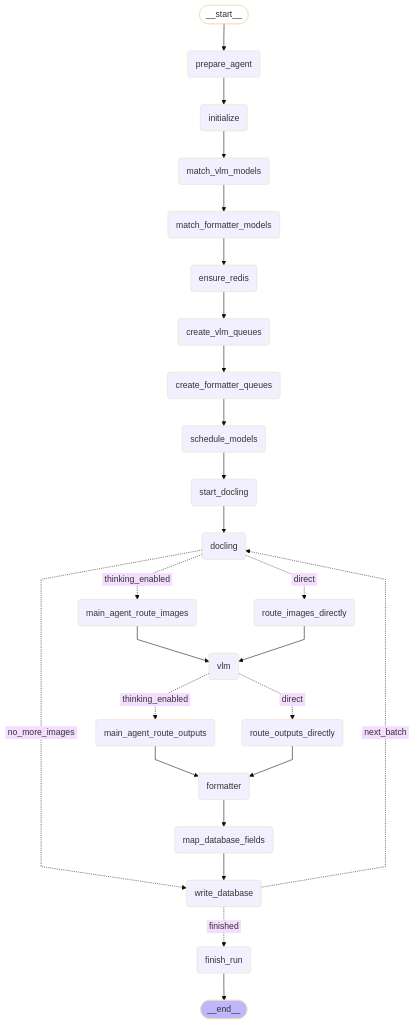
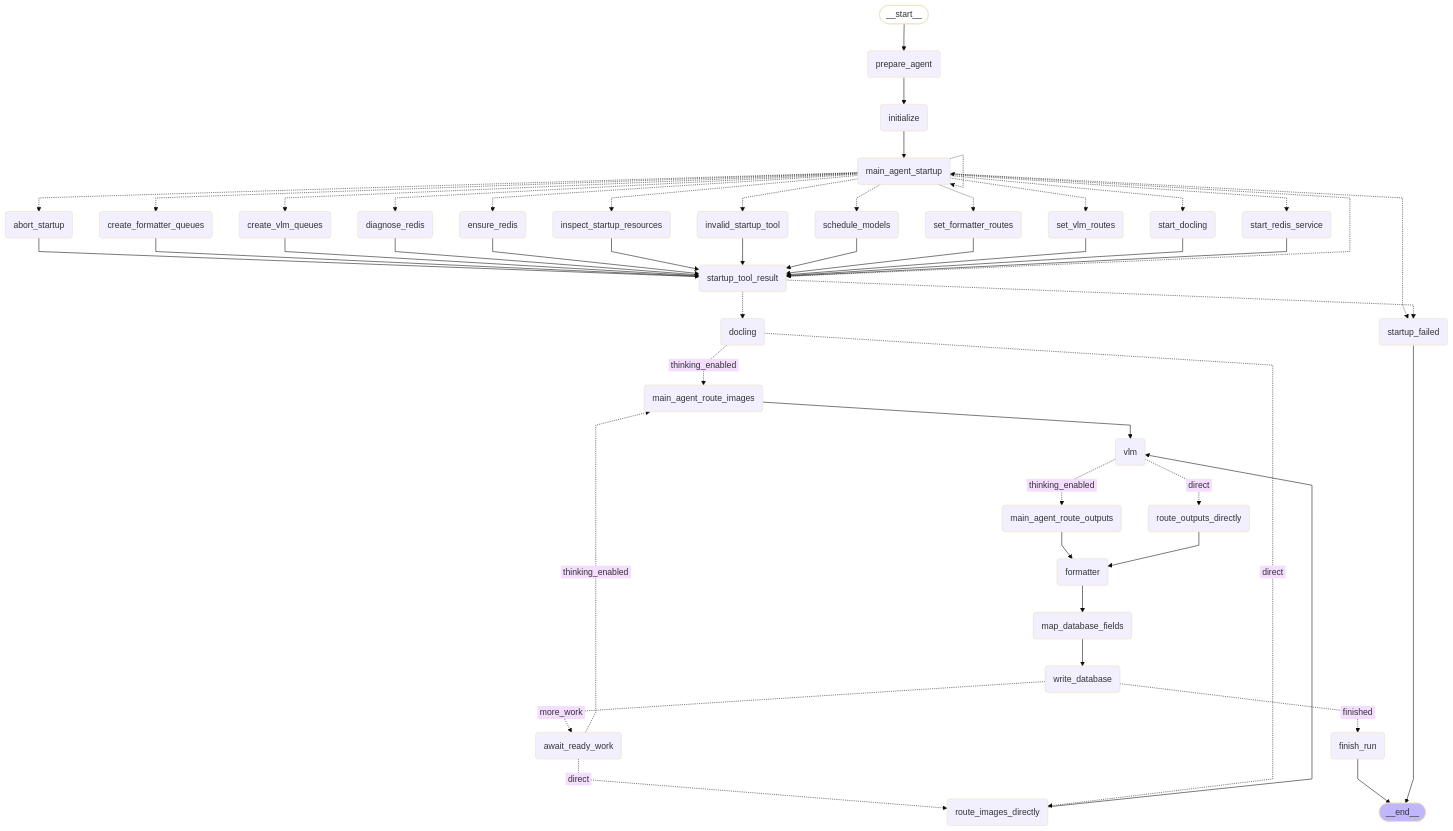
The diagram in architecture/main_agent_graph.mmd (KirillosTY/pdf-image-value-parser), drawn with Mermaid (base theme) before and after one commit. The commit also changed 78 other files, not shown here.

```diff
--- a/architecture/main_agent_graph.mmd
+++ b/architecture/main_agent_graph.mmd
@@ -1,54 +1,87 @@
 ---
 config:
   flowchart:
     curve: linear
 ---
 graph TD;
 	__start__([<p>__start__</p>]):::first
 	prepare_agent(prepare_agent)
 	initialize(initialize)
-	match_vlm_models(match_vlm_models)
-	match_formatter_models(match_formatter_models)
-	ensure_redis(ensure_redis)
-	create_vlm_queues(create_vlm_queues)
-	create_formatter_queues(create_formatter_queues)
-	schedule_models(schedule_models)
-	start_docling(start_docling)
+	main_agent_startup(main_agent_startup)
+	startup_tool_result(startup_tool_result)
+	startup_failed(startup_failed)
 	docling(docling)
+	await_ready_work(await_ready_work)
 	main_agent_route_images(main_agent_route_images)
 	route_images_directly(route_images_directly)
 	vlm(vlm)
 	main_agent_route_outputs(main_agent_route_outputs)
 	route_outputs_directly(route_outputs_directly)
 	formatter(formatter)
 	map_database_fields(map_database_fields)
 	write_database(write_database)
 	finish_run(finish_run)
+	set_vlm_routes(set_vlm_routes)
+	set_formatter_routes(set_formatter_routes)
+	ensure_redis(ensure_redis)
+	create_vlm_queues(create_vlm_queues)
+	create_formatter_queues(create_formatter_queues)
+	schedule_models(schedule_models)
+	start_docling(start_docling)
+	diagnose_redis(diagnose_redis)
+	start_redis_service(start_redis_service)
+	inspect_startup_resources(inspect_startup_resources)
+	abort_startup(abort_startup)
+	invalid_startup_tool(invalid_startup_tool)
 	__end__([<p>__end__</p>]):::last
 	__start__ --> prepare_agent;
-	create_formatter_queues --> schedule_models;
-	create_vlm_queues --> create_formatter_queues;
+	abort_startup --> startup_tool_result;
+	await_ready_work -. &nbsp;thinking_enabled&nbsp; .-> main_agent_route_images;
+	await_ready_work -. &nbsp;direct&nbsp; .-> route_images_directly;
+	create_formatter_queues --> startup_tool_result;
+	create_vlm_queues --> startup_tool_result;
+	diagnose_redis --> startup_tool_result;
 	docling -. &nbsp;thinking_enabled&nbsp; .-> main_agent_route_images;
 	docling -. &nbsp;direct&nbsp; .-> route_images_directly;
-	docling -. &nbsp;no_more_images&nbsp; .-> write_database;
-	ensure_redis --> create_vlm_queues;
+	ensure_redis --> startup_tool_result;
 	formatter --> map_database_fields;
-	initialize --> match_vlm_models;
+	initialize --> main_agent_startup;
+	inspect_startup_resources --> startup_tool_result;
+	invalid_startup_tool --> startup_tool_result;
 	main_agent_route_images --> vlm;
 	main_agent_route_outputs --> formatter;
+	main_agent_startup -.-> abort_startup;
+	main_agent_startup -.-> create_formatter_queues;
+	main_agent_startup -.-> create_vlm_queues;
+	main_agent_startup -.-> diagnose_redis;
+	main_agent_startup -.-> ensure_redis;
+	main_agent_startup -.-> inspect_startup_resources;
+	main_agent_startup -.-> invalid_startup_tool;
+	main_agent_startup -.-> schedule_models;
+	main_agent_startup -.-> set_formatter_routes;
+	main_agent_startup -.-> set_vlm_routes;
+	main_agent_startup -.-> start_docling;
+	main_agent_startup -.-> start_redis_service;
+	main_agent_startup -.-> startup_failed;
 	map_database_fields --> write_database;
-	match_formatter_models --> ensure_redis;
-	match_vlm_models --> match_formatter_models;
 	prepare_agent --> initialize;
 	route_images_directly --> vlm;
 	route_outputs_directly --> formatter;
-	schedule_models --> start_docling;
-	start_docling --> docling;
+	schedule_models --> startup_tool_result;
+	set_formatter_routes --> startup_tool_result;
+	set_vlm_routes --> startup_tool_result;
+	start_docling --> startup_tool_result;
+	start_redis_service --> startup_tool_result;
+	startup_tool_result -.-> docling;
+	startup_tool_result -.-> main_agent_startup;
+	startup_tool_result -.-> startup_failed;
 	vlm -. &nbsp;thinking_enabled&nbsp; .-> main_agent_route_outputs;
 	vlm -. &nbsp;direct&nbsp; .-> route_outputs_directly;
-	write_database -. &nbsp;next_batch&nbsp; .-> docling;
+	write_database -. &nbsp;more_work&nbsp; .-> await_ready_work;
 	write_database -. &nbsp;finished&nbsp; .-> finish_run;
 	finish_run --> __end__;
+	startup_failed --> __end__;
+	main_agent_startup -.-> main_agent_startup;
 	classDef default fill:#f2f0ff,line-height:1.2
 	classDef first fill-opacity:0
 	classDef last fill:#bfb6fc
```
